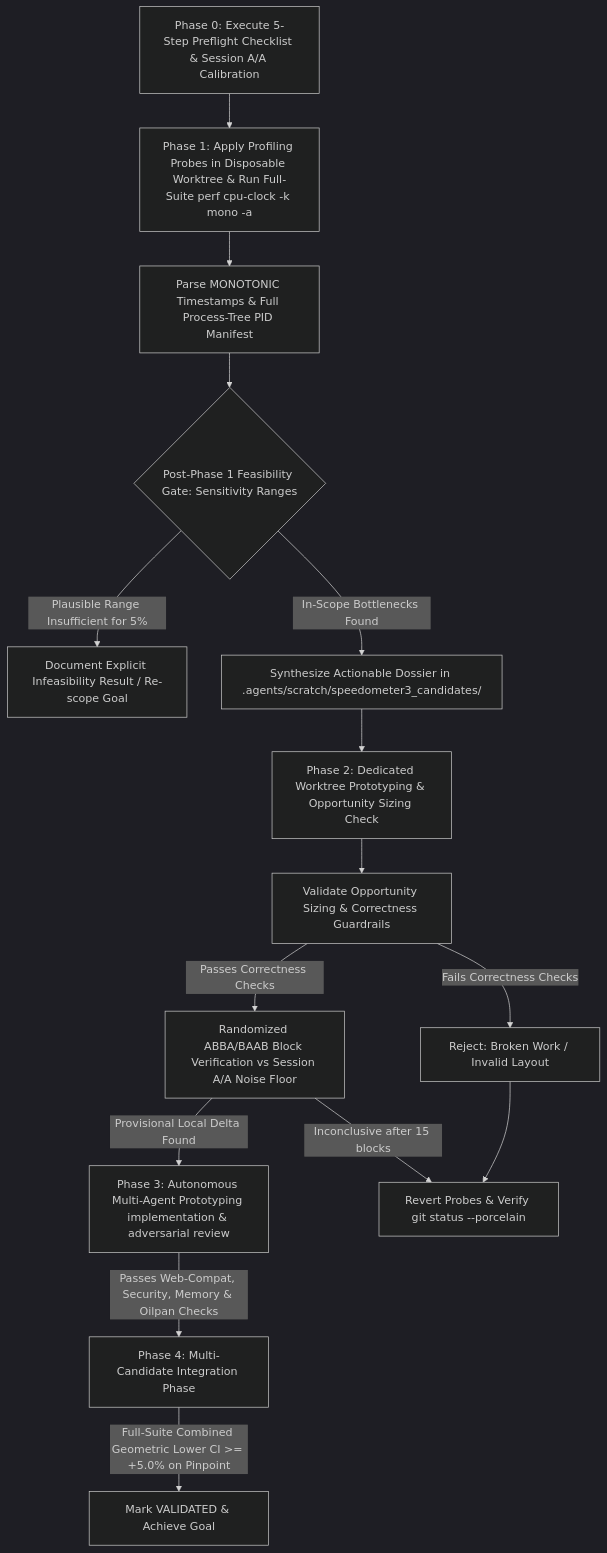
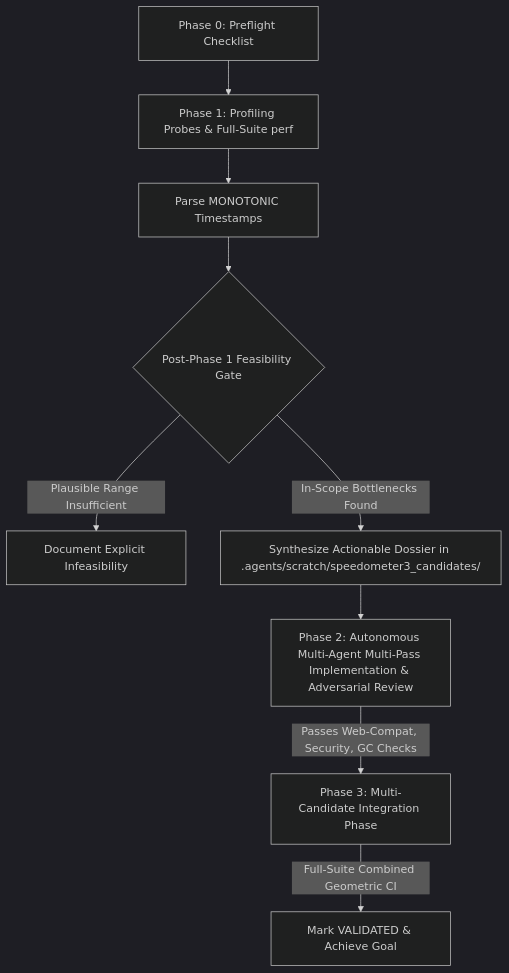
Before and after one commit to pmeenan/ai-skills: the diagram in optimize-speedometer/SKILL.md, drawn with Mermaid (dark theme). The commit also changed other lines of this file, not shown here.

Commit message:
Refined the speedometer optimization work

````diff
--- a/optimize-speedometer/SKILL.md
+++ b/optimize-speedometer/SKILL.md
@@ -72,17 +63,11 @@
 ```mermaid
 flowchart TD
-    A[Phase 0: Execute 5-Step Preflight Checklist & Session A/A Calibration] --> B[Phase 1: Apply Profiling Probes in Disposable Worktree & Run Full-Suite perf cpu-clock -k mono -a]
-    B --> C[Parse MONOTONIC Timestamps & Full Process-Tree PID Manifest]
-    C --> D{Post-Phase 1 Feasibility Gate: Sensitivity Ranges}
-    D -->|Plausible Range Insufficient for 5%| E[Document Explicit Infeasibility Result / Re-scope Goal]
+    A[Phase 0: Preflight Checklist] --> B[Phase 1: Profiling Probes & Full-Suite perf]
+    B --> C[Parse MONOTONIC Timestamps]
+    C --> D{Post-Phase 1 Feasibility Gate}
+    D -->|Plausible Range Insufficient| E[Document Explicit Infeasibility]
     D -->|In-Scope Bottlenecks Found| F[Synthesize Actionable Dossier in .agents/scratch/speedometer3_candidates/]
-    F --> G[Phase 2: Dedicated Worktree Prototyping & Opportunity Sizing Check]
-    G --> H[Validate Opportunity Sizing & Correctness Guardrails]
-    H -->|Fails Correctness Checks| I[Reject: Broken Work / Invalid Layout]
-    H -->|Passes Correctness Checks| J[Randomized ABBA/BAAB Block Verification vs Session A/A Noise Floor]
-    J -->|Provisional Local Delta Found| K[Phase 3: Autonomous Multi-Agent Prototyping implementation & adversarial review]
-    K -->|Passes Web-Compat, Security, Memory & Oilpan Checks| L[Phase 4: Multi-Candidate Integration Phase]
-    L -->|Full-Suite Combined Geometric Lower CI >= +5.0% on Pinpoint| M[Mark VALIDATED & Achieve Goal]
-    I --> N[Revert Probes & Verify git status --porcelain]
-    J -->|Inconclusive after 15 blocks| N
+    F --> K[Phase 2: Autonomous Multi-Agent Multi-Pass Implementation & Adversarial Review]
+    K -->|Passes Web-Compat, Security, GC Checks| L[Phase 3: Multi-Candidate Integration Phase]
+    L -->|Full-Suite Combined Geometric CI| M[Mark VALIDATED & Achieve Goal]
 ```
````
